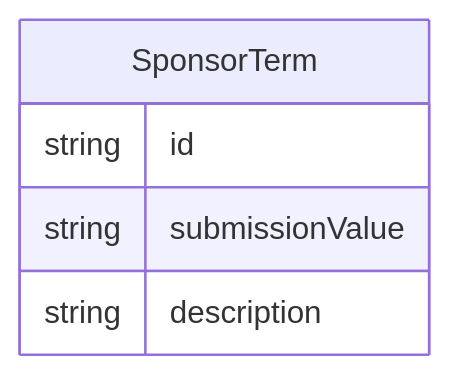
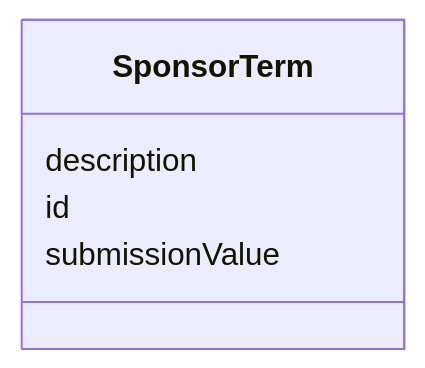
The diagram in project/docs/SponsorTerm.md (cdisc-org/analysis-results-standard), drawn with Mermaid before and after one commit. The commit also changed 256 other files, not shown here.

Commit message:
Documentation diagrams

````diff
--- a/project/docs/SponsorTerm.md
+++ b/project/docs/SponsorTerm.md
@@ -13,11 +15,11 @@
 ```mermaid
-erDiagram
-SponsorTerm {
-    string id  
-    string submissionValue  
-    string description  
-}
-
-
-
+ classDiagram
+    class SponsorTerm
+      SponsorTerm : description
+        
+      SponsorTerm : id
+        
+      SponsorTerm : submissionValue
+        
+      
 ```
````
